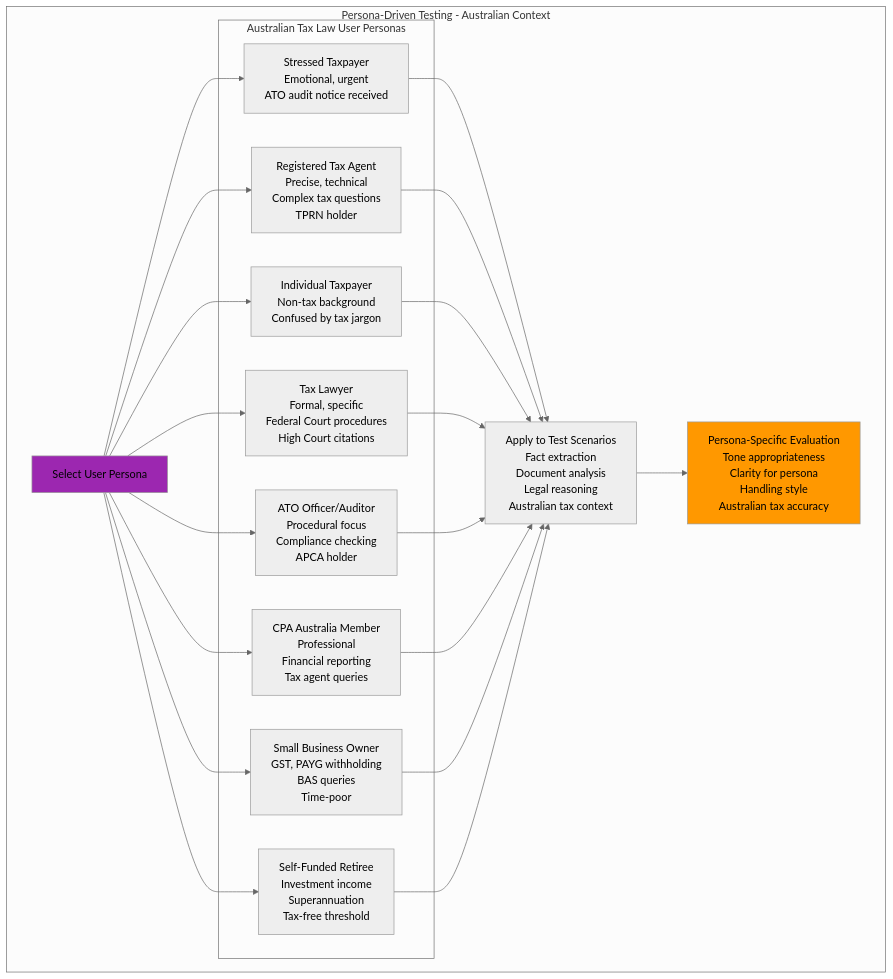
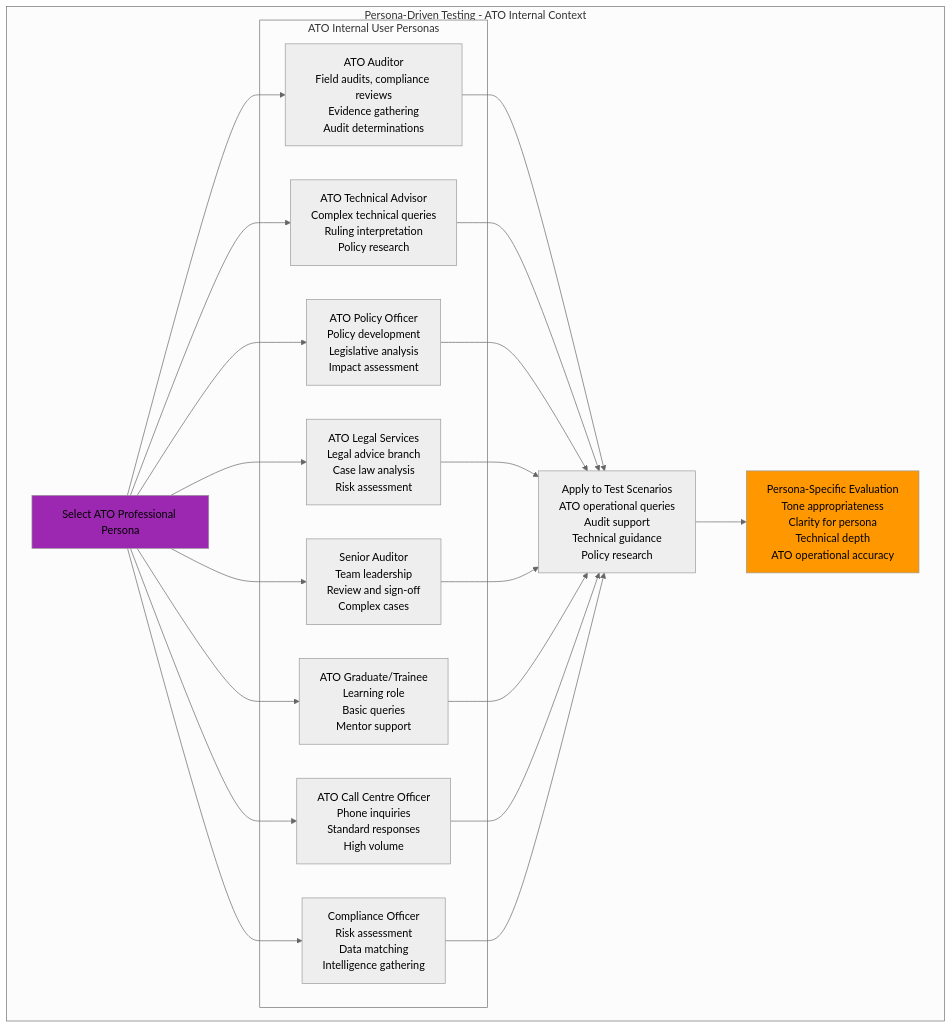
One commit to anguyenbus/case_chat changed the eighth of 9 diagrams in case_assistant/system_design/05-evaluation-strategy.md. Above: the diagram before and after it, drawn with Mermaid (neutral theme). The commit also changed other lines of this file, not shown here.

````diff
--- a/case_assistant/system_design/05-evaluation-strategy.md
+++ b/case_assistant/system_design/05-evaluation-strategy.md
@@ -614,44 +633,44 @@
 ```mermaid
 graph TB
-    subgraph "Persona-Driven Testing - Australian Context"
-        PERSONA[Select User Persona]
+    subgraph "Persona-Driven Testing - ATO Internal Context"
+        PERSONA[Select ATO Professional Persona]
 
-        subgraph "Australian Tax Law User Personas"
-            STRESS[Stressed Taxpayer<br/>Emotional, urgent<br/>ATO audit notice received]
-            TAX_AGENT[Registered Tax Agent<br/>Precise, technical<br/>Complex tax questions<br/>TPRN holder]
-            INDIV[Individual Taxpayer<br/>Non-tax background<br/>Confused by tax jargon]
-            LAWYER[Tax Lawyer<br/>Formal, specific<br/>Federal Court procedures<br/>High Court citations]
-            ATO_OFFICER[ATO Officer/Auditor<br/>Procedural focus<br/>Compliance checking<br/>APCA holder]
-            CPA[CPA Australia Member<br/>Professional<br/>Financial reporting<br/>Tax agent queries]
-            BUSINESS[Small Business Owner<br/>GST, PAYG withholding<br/>BAS queries<br/>Time-poor]
-            PENSION[Self-Funded Retiree<br/>Investment income<br/>Superannuation<br/>Tax-free threshold]
+        subgraph "ATO Internal User Personas"
+            AUDITOR[ATO Auditor<br/>Field audits, compliance reviews<br/>Evidence gathering<br/>Audit determinations]
+            TECH_ADVISOR[ATO Technical Advisor<br/>Complex technical queries<br/>Ruling interpretation<br/>Policy research]
+            POLICY[ATO Policy Officer<br/>Policy development<br/>Legislative analysis<br/>Impact assessment]
+            LEGAL[ATO Legal Services<br/>Legal advice branch<br/>Case law analysis<br/>Risk assessment]
+            SENIOR_AUDITOR[Senior Auditor<br/>Team leadership<br/>Review and sign-off<br/>Complex cases]
+            GRADUATE[ATO Graduate/Trainee<br/>Learning role<br/>Basic queries<br/>Mentor support]
+            CALL_CENTER[ATO Call Centre Officer<br/>Phone inquiries<br/>Standard responses<br/>High volume]
+            COMPLIANCE[Compliance Officer<br/>Risk assessment<br/>Data matching<br/>Intelligence gathering]
         end
 
-        SCENARIO[Apply to Test Scenarios<br/>Fact extraction<br/>Document analysis<br/>Legal reasoning<br/>Australian tax context]
+        SCENARIO[Apply to Test Scenarios<br/>ATO operational queries<br/>Audit support<br/>Technical guidance<br/>Policy research]
 
-        EVAL[Persona-Specific Evaluation<br/>Tone appropriateness<br/>Clarity for persona<br/>Handling style<br/>Australian tax accuracy]
+        EVAL[Persona-Specific Evaluation<br/>Tone appropriateness<br/>Clarity for persona<br/>Technical depth<br/>ATO operational accuracy]
     end
 
-    PERSONA --> STRESS
-    PERSONA --> TAX_AGENT
-    PERSONA --> INDIV
-    PERSONA --> LAWYER
-    PERSONA --> ATO_OFFICER
-    PERSONA --> CPA
-    PERSONA --> BUSINESS
-    PERSONA --> PENSION
+    PERSONA --> AUDITOR
+    PERSONA --> TECH_ADVISOR
+    PERSONA --> POLICY
+    PERSONA --> LEGAL
+    PERSONA --> SENIOR_AUDITOR
+    PERSONA --> GRADUATE
+    PERSONA --> CALL_CENTER
+    PERSONA --> COMPLIANCE
 
-    STRESS --> SCENARIO
-    TAX_AGENT --> SCENARIO
-    INDIV --> SCENARIO
-    LAWYER --> SCENARIO
-    ATO_OFFICER --> SCENARIO
-    CPA --> SCENARIO
-    BUSINESS --> SCENARIO
-    PENSION --> SCENARIO
+    AUDITOR --> SCENARIO
+    TECH_ADVISOR --> SCENARIO
+    POLICY --> SCENARIO
+    LEGAL --> SCENARIO
+    SENIOR_AUDITOR --> SCENARIO
+    GRADUATE --> SCENARIO
+    CALL_CENTER --> SCENARIO
+    COMPLIANCE --> SCENARIO
 
     SCENARIO --> EVAL
 
     style PERSONA fill:#9C27B0
     style EVAL fill:#FF9800
 ```
````
